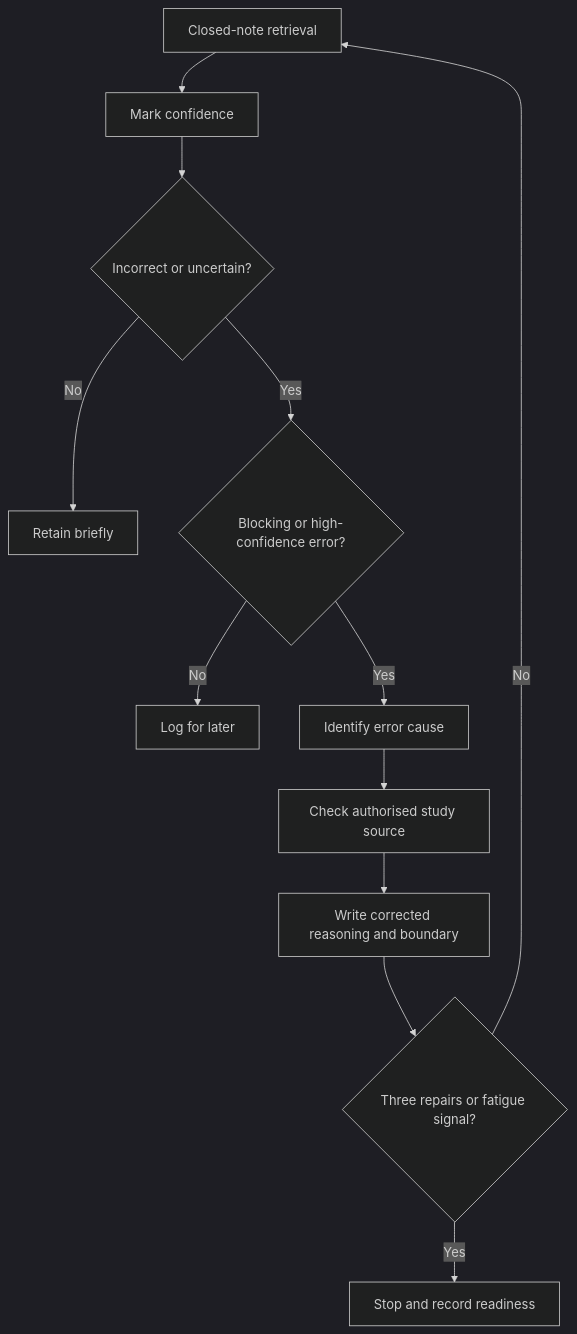
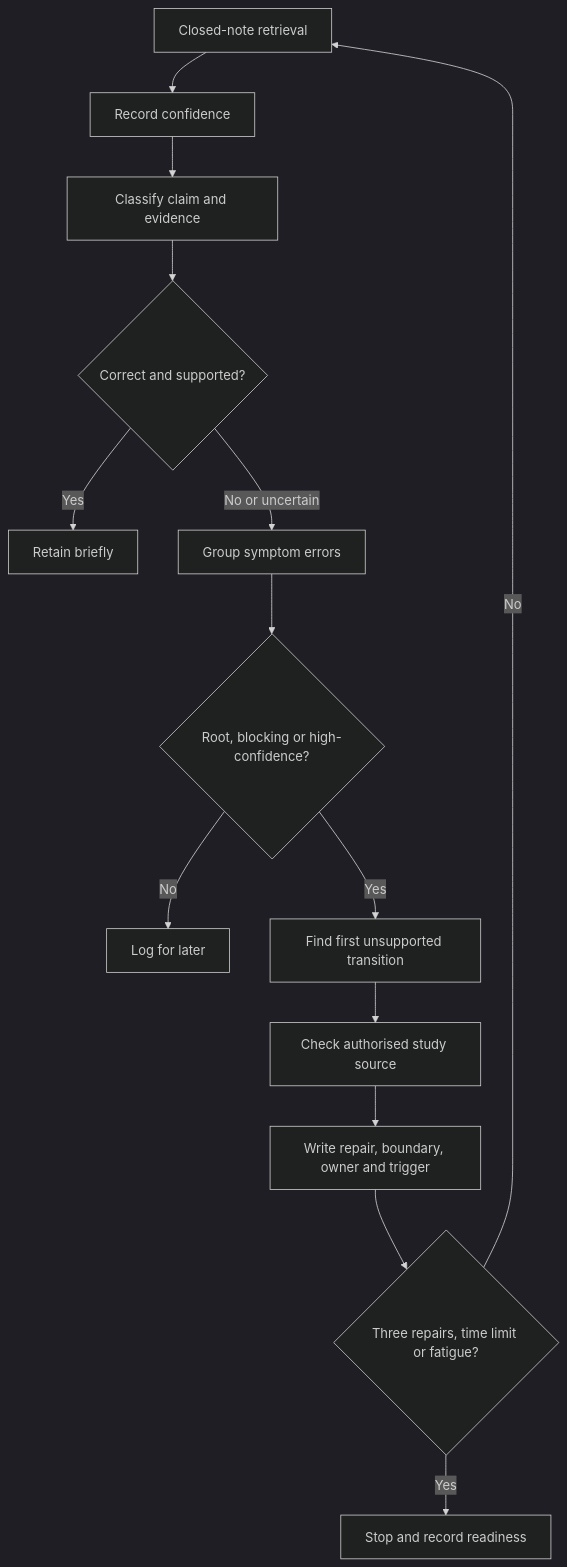
The first of 2 diagrams in docs/learning-plans/12-week/modules/day-68-rest-retrieval-and-high-confidence-error-repair.md (andrew3stedall/capstone), drawn with Mermaid (dark theme) before and after one commit. The commit also changed other lines of this file and 3 other files, not shown here.

Commit message:
Improve Day 68 high-confidence error repair

````diff
--- a/docs/learning-plans/12-week/modules/day-68-rest-retrieval-and-high-confidence-error-repair.md
+++ b/docs/learning-plans/12-week/modules/day-68-rest-retrieval-and-high-confidence-error-repair.md
@@ -67,14 +102,16 @@
 ```mermaid
 flowchart TD
-  A[Closed-note retrieval] --> B[Mark confidence]
-  B --> C{Incorrect or uncertain?}
-  C -->|No| D[Retain briefly]
-  C -->|Yes| E{Blocking or high-confidence error?}
-  E -->|No| F[Log for later]
-  E -->|Yes| G[Identify error cause]
-  G --> H[Check authorised study source]
-  H --> I[Write corrected reasoning and boundary]
-  I --> J{Three repairs or fatigue signal?}
-  J -->|No| A
-  J -->|Yes| K[Stop and record readiness]
+  A[Closed-note retrieval] --> B[Record confidence]
+  B --> C[Classify claim and evidence]
+  C --> D{Correct and supported?}
+  D -->|Yes| E[Retain briefly]
+  D -->|No or uncertain| F[Group symptom errors]
+  F --> G{Root, blocking or high-confidence?}
+  G -->|No| H[Log for later]
+  G -->|Yes| I[Find first unsupported transition]
+  I --> J[Check authorised study source]
+  J --> K[Write repair, boundary, owner and trigger]
+  K --> L{Three repairs, time limit or fatigue?}
+  L -->|No| A
+  L -->|Yes| M[Stop and record readiness]
 ```
````
